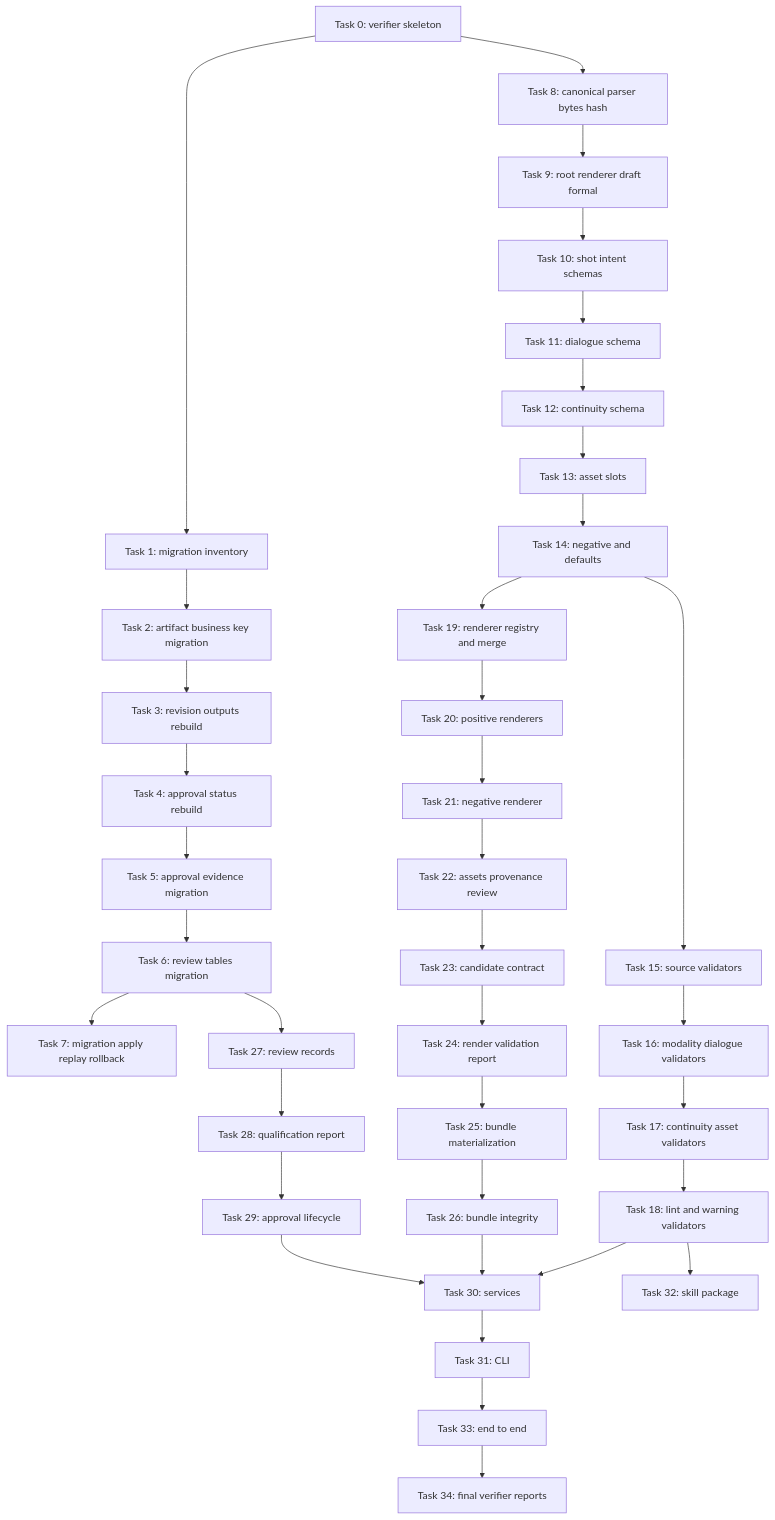
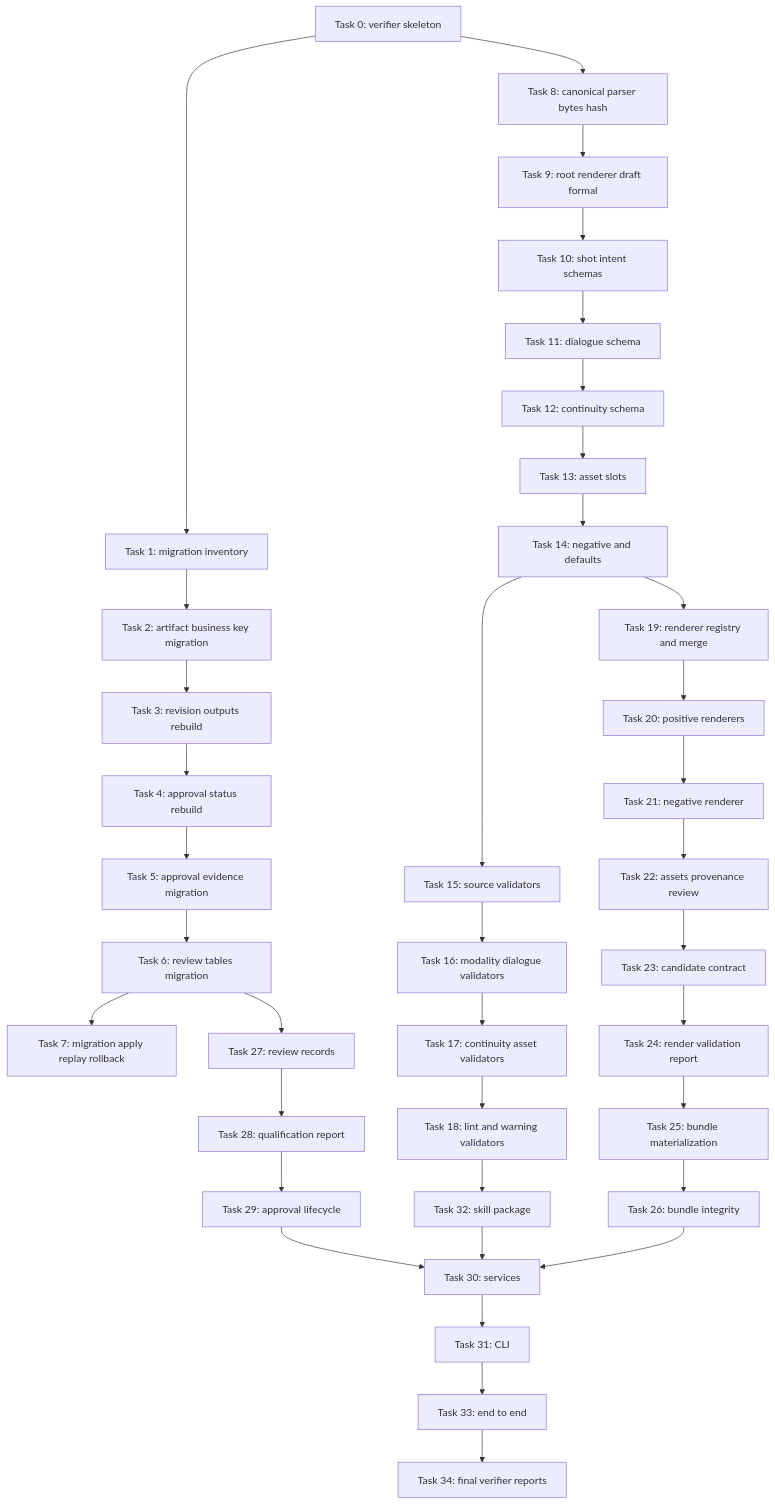
The diagram in docs/superpowers/plans/2026-07-02-phase3-shot-prompt-canonical-implementation.md (Java-zengzhiwen/ai-drama), drawn with Mermaid before and after one commit. The commit also changed other lines of this file, not shown here.

````diff
--- a/docs/superpowers/plans/2026-07-02-phase3-shot-prompt-canonical-implementation.md
+++ b/docs/superpowers/plans/2026-07-02-phase3-shot-prompt-canonical-implementation.md
@@ -239,51 +327,51 @@
 ```mermaid
 flowchart TD
   T0["Task 0: verifier skeleton"]
   T1["Task 1: migration inventory"]
   T2["Task 2: artifact business key migration"]
   T3["Task 3: revision outputs rebuild"]
   T4["Task 4: approval status rebuild"]
   T5["Task 5: approval evidence migration"]
   T6["Task 6: review tables migration"]
   T7["Task 7: migration apply replay rollback"]
   T8["Task 8: canonical parser bytes hash"]
   T9["Task 9: root renderer draft formal"]
   T10["Task 10: shot intent schemas"]
   T11["Task 11: dialogue schema"]
   T12["Task 12: continuity schema"]
   T13["Task 13: asset slots"]
   T14["Task 14: negative and defaults"]
   T15["Task 15: source validators"]
   T16["Task 16: modality dialogue validators"]
   T17["Task 17: continuity asset validators"]
   T18["Task 18: lint and warning validators"]
   T19["Task 19: renderer registry and merge"]
   T20["Task 20: positive renderers"]
   T21["Task 21: negative renderer"]
   T22["Task 22: assets provenance review"]
   T23["Task 23: candidate contract"]
   T24["Task 24: render validation report"]
   T25["Task 25: bundle materialization"]
   T26["Task 26: bundle integrity"]
   T27["Task 27: review records"]
   T28["Task 28: qualification report"]
   T29["Task 29: approval lifecycle"]
+  T32["Task 32: skill package"]
   T30["Task 30: services"]
   T31["Task 31: CLI"]
-  T32["Task 32: skill package"]
   T33["Task 33: end to end"]
   T34["Task 34: final verifier reports"]
 
   T0 --> T1 --> T2 --> T3 --> T4 --> T5 --> T6 --> T7
   T0 --> T8 --> T9 --> T10 --> T11 --> T12 --> T13 --> T14
   T14 --> T15 --> T16 --> T17 --> T18
   T14 --> T19 --> T20 --> T21 --> T22
   T22 --> T23 --> T24 --> T25 --> T26
   T6 --> T27 --> T28 --> T29
-  T18 --> T30
   T26 --> T30
   T29 --> T30
+  T18 --> T32
+  T32 --> T30
   T30 --> T31
-  T18 --> T32
   T31 --> T33 --> T34
 ```
````
